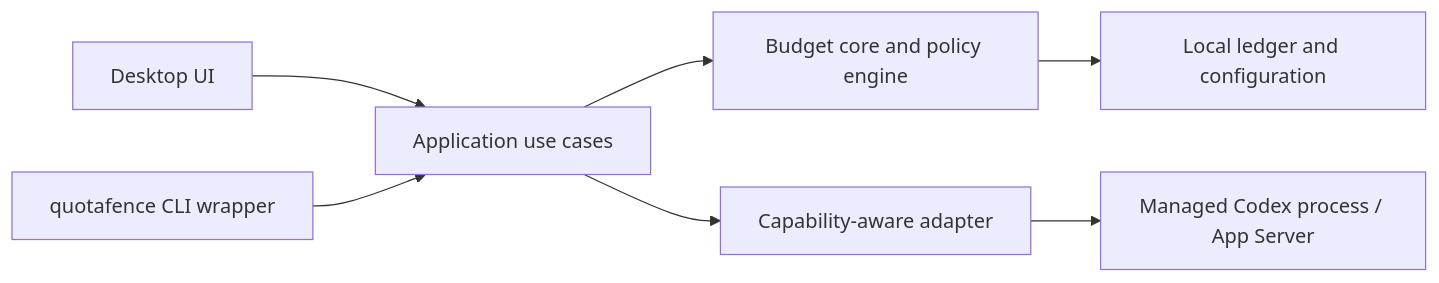
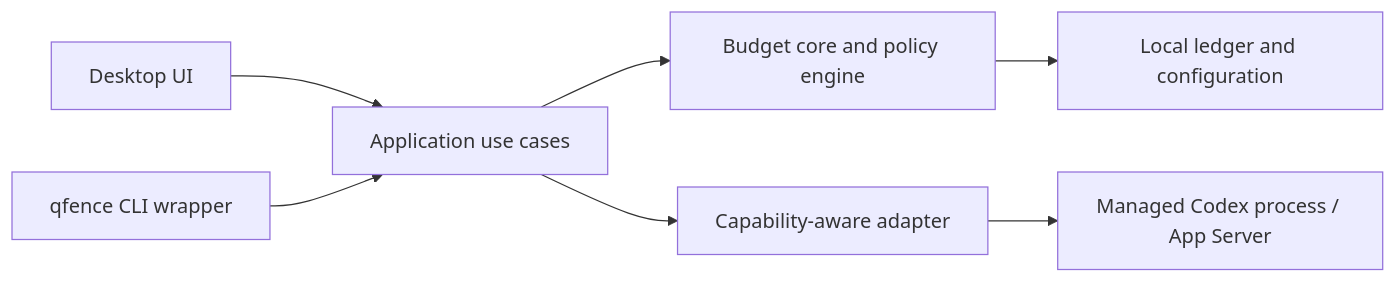
One commit to quotafence/quotafence changed the diagram in README.md. Above: the diagram before and after it, drawn with Mermaid. The commit also changed other lines of this file and 10 other files, not shown here.

Commit message:
feat(cli): add polished qfence workflow (#55)

````diff
--- a/README.md
+++ b/README.md
@@ -138,9 +138,9 @@
 ```mermaid
 flowchart LR
   UI["Desktop UI"] --> APP["Application use cases"]
-  CLI["quotafence CLI wrapper"] --> APP
+  CLI["qfence CLI wrapper"] --> APP
   APP --> CORE["Budget core and policy engine"]
   CORE --> STORE["Local ledger and configuration"]
   APP --> ADAPTER["Capability-aware adapter"]
   ADAPTER --> PROVIDER["Managed Codex process / App Server"]
 ```
````
